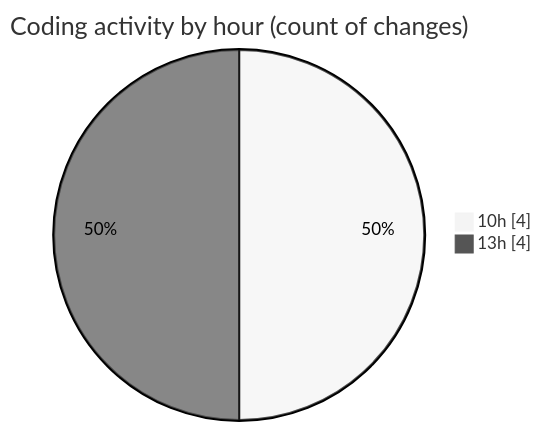
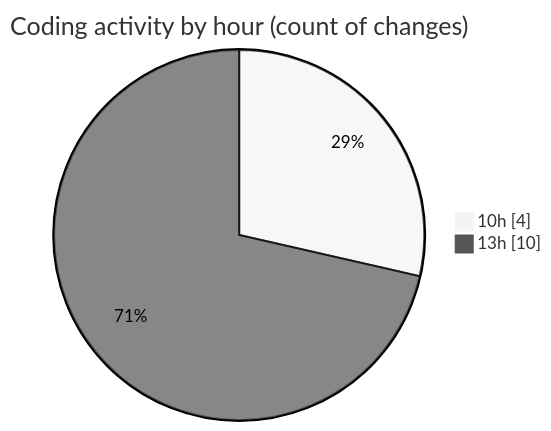
Before and after one commit to tmsrecording-cyber/code-tracking: the second of 2 diagrams in 2026-04-15/ai_news_simple/README.md, drawn with Mermaid (neutral theme). The commit also changed other lines of this file and 1 other file, not shown here.

````diff
--- a/2026-04-15/ai_news_simple/README.md
+++ b/2026-04-15/ai_news_simple/README.md
@@ -32,6 +34,6 @@
 ```mermaid
 pie showData
 title Coding activity by hour (count of changes)
 "10h" : 4
-"13h" : 4
+"13h" : 10
 ```
````
